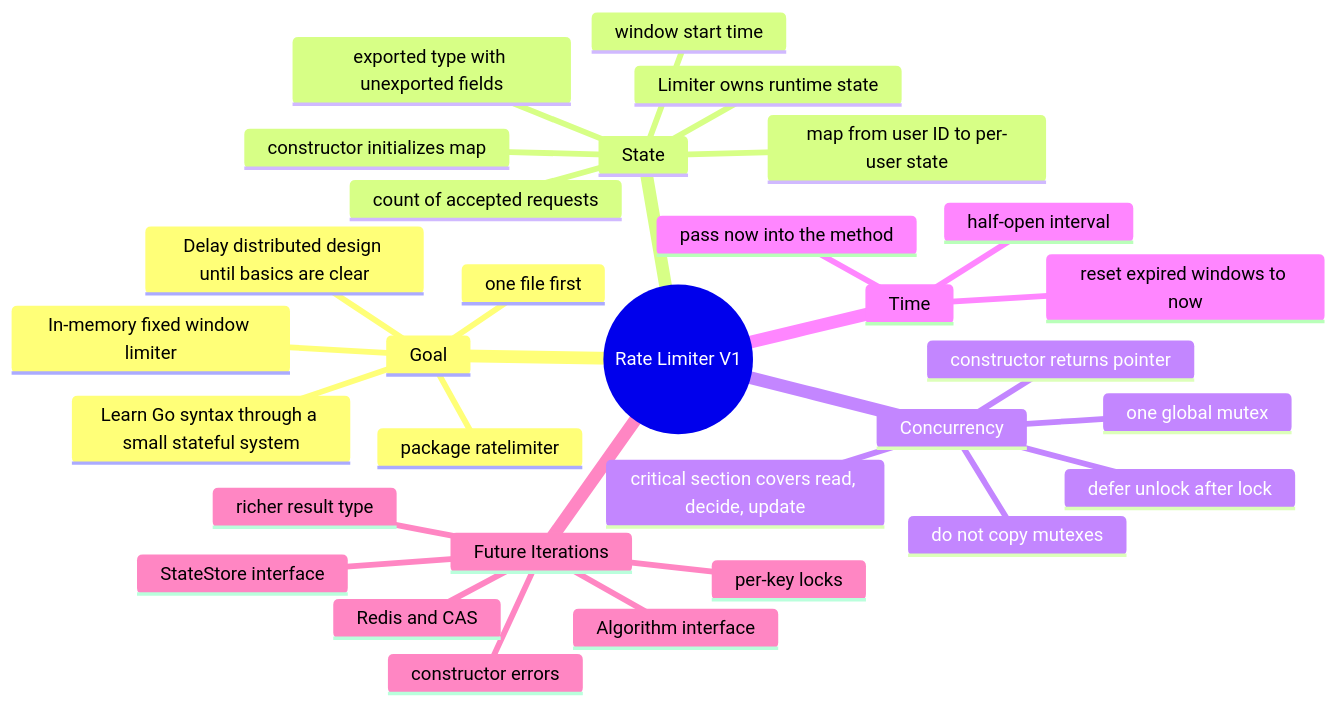
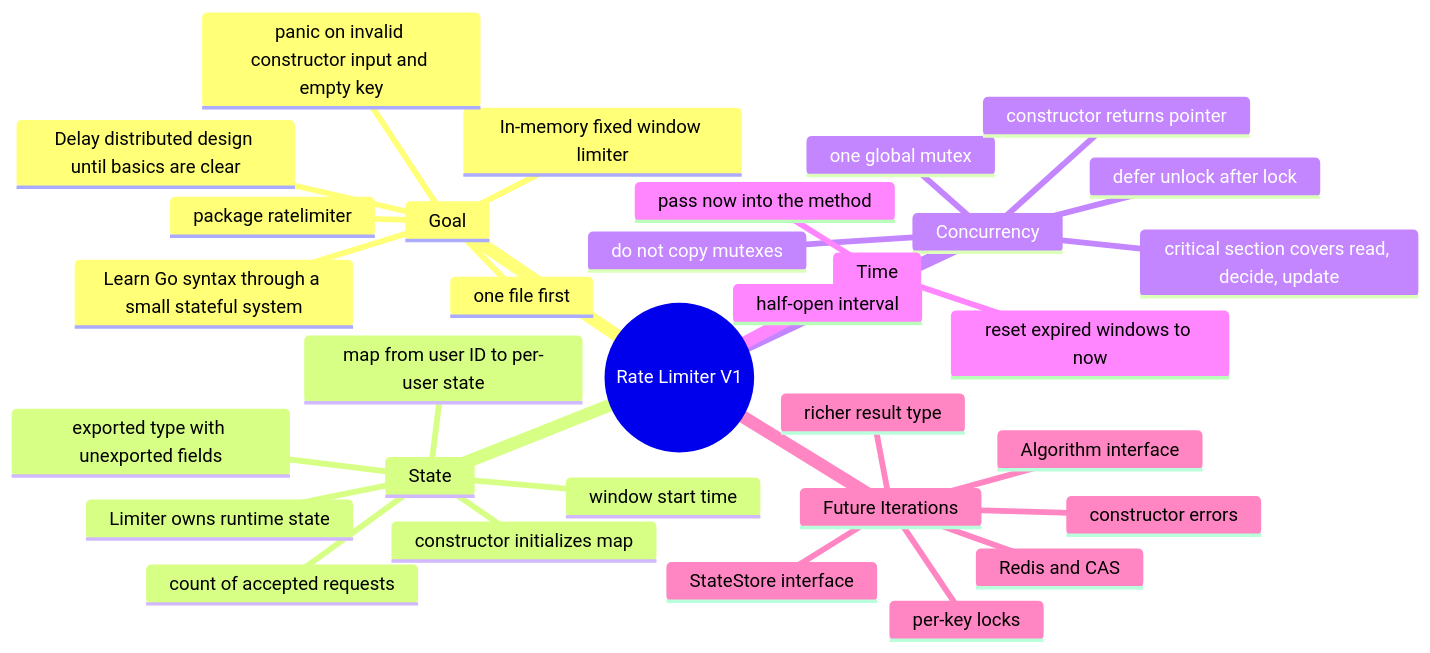
One commit to Harsh-Upadhayay/ratelimiter changed the diagram in docs/mindmaps/V1 Learning Mindmap.md. Above: the diagram before and after it, drawn with Mermaid. The commit also changed 3 other files, not shown here.

Commit message:
docs: add decisions for empty key validation and method receivers

````diff
--- a/docs/mindmaps/V1 Learning Mindmap.md
+++ b/docs/mindmaps/V1 Learning Mindmap.md
@@ -5,34 +5,35 @@
 ```mermaid
 mindmap
   root((Rate Limiter V1))
     Goal
       In-memory fixed window limiter
       Learn Go syntax through a small stateful system
       Delay distributed design until basics are clear
       package ratelimiter
       one file first
+      panic on invalid constructor input and empty key
     State
       Limiter owns runtime state
       exported type with unexported fields
       map from user ID to per-user state
       count of accepted requests
       window start time
       constructor initializes map
     Concurrency
       one global mutex
       critical section covers read, decide, update
       defer unlock after lock
       do not copy mutexes
       constructor returns pointer
     Time
       pass now into the method
       reset expired windows to now
       half-open interval
     Future Iterations
       Algorithm interface
       StateStore interface
       richer result type
       constructor errors
       per-key locks
       Redis and CAS
 ```
````
